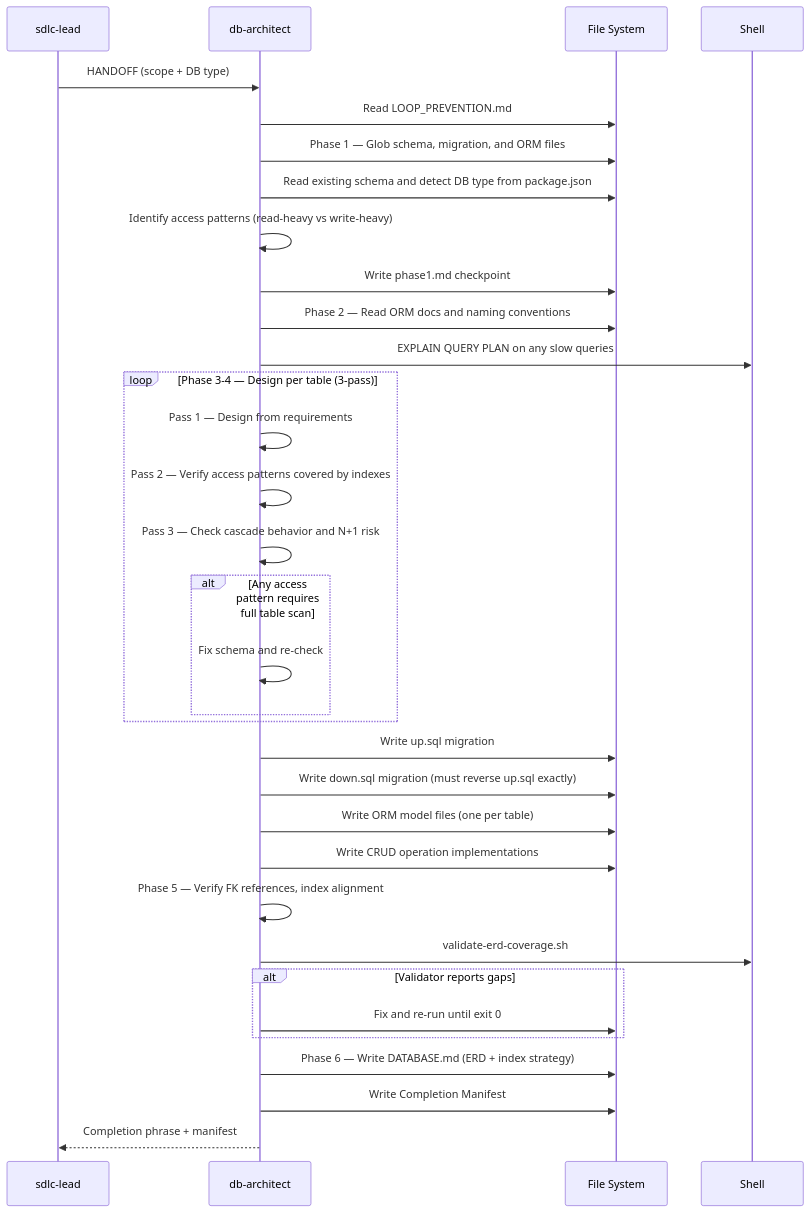
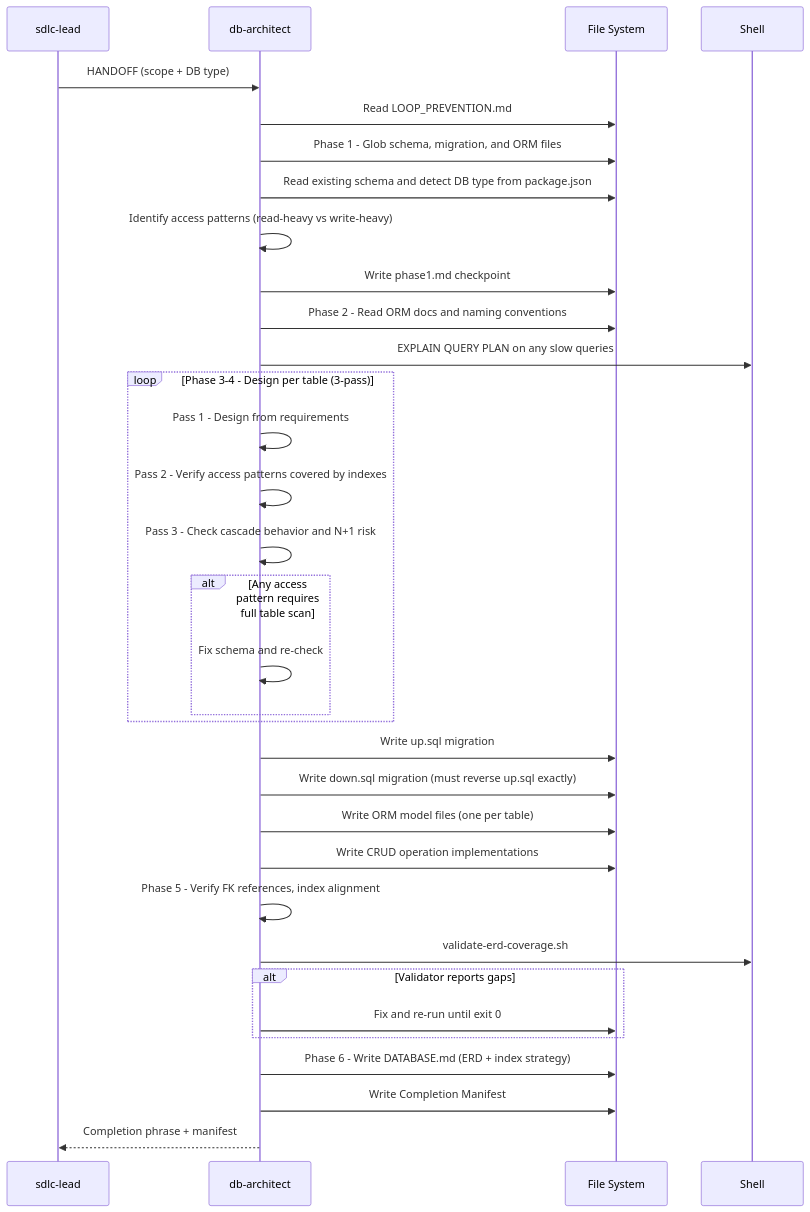
The diagram in docs/review/05-agents/09-db-architect.md (bpmforge/attest), drawn with Mermaid before and after one commit. The commit also changed 28 other files, not shown here.

First line of the commit message:
docs: refresh all docs for v1.1-v1.6 + autofix mermaid in review book

````diff
--- a/docs/review/05-agents/09-db-architect.md
+++ b/docs/review/05-agents/09-db-architect.md
@@ -13,41 +13,41 @@
 ```mermaid
 sequenceDiagram
     participant LEAD as sdlc-lead
     participant DBA as db-architect
     participant FS as File System
     participant SH as Shell
 
     LEAD->>DBA: HANDOFF (scope + DB type)
     DBA->>FS: Read LOOP_PREVENTION.md
-    DBA->>FS: Phase 1 — Glob schema, migration, and ORM files
+    DBA->>FS: Phase 1 - Glob schema, migration, and ORM files
     DBA->>FS: Read existing schema and detect DB type from package.json
     DBA->>DBA: Identify access patterns (read-heavy vs write-heavy)
     DBA->>FS: Write phase1.md checkpoint
 
-    DBA->>FS: Phase 2 — Read ORM docs and naming conventions
+    DBA->>FS: Phase 2 - Read ORM docs and naming conventions
     DBA->>SH: EXPLAIN QUERY PLAN on any slow queries
 
-    loop Phase 3-4 — Design per table (3-pass)
-        DBA->>DBA: Pass 1 — Design from requirements
-        DBA->>DBA: Pass 2 — Verify access patterns covered by indexes
-        DBA->>DBA: Pass 3 — Check cascade behavior and N+1 risk
+    loop Phase 3-4 - Design per table (3-pass)
+        DBA->>DBA: Pass 1 - Design from requirements
+        DBA->>DBA: Pass 2 - Verify access patterns covered by indexes
+        DBA->>DBA: Pass 3 - Check cascade behavior and N+1 risk
         alt Any access pattern requires full table scan
             DBA->>DBA: Fix schema and re-check
         end
     end
 
     DBA->>FS: Write up.sql migration
     DBA->>FS: Write down.sql migration (must reverse up.sql exactly)
     DBA->>FS: Write ORM model files (one per table)
     DBA->>FS: Write CRUD operation implementations
 
-    DBA->>DBA: Phase 5 — Verify FK references, index alignment
+    DBA->>DBA: Phase 5 - Verify FK references, index alignment
     DBA->>SH: validate-erd-coverage.sh
     alt Validator reports gaps
         DBA->>FS: Fix and re-run until exit 0
     end
 
-    DBA->>FS: Phase 6 — Write DATABASE.md (ERD + index strategy)
+    DBA->>FS: Phase 6 - Write DATABASE.md (ERD + index strategy)
     DBA->>FS: Write Completion Manifest
     DBA-->>LEAD: Completion phrase + manifest
 ```
````
